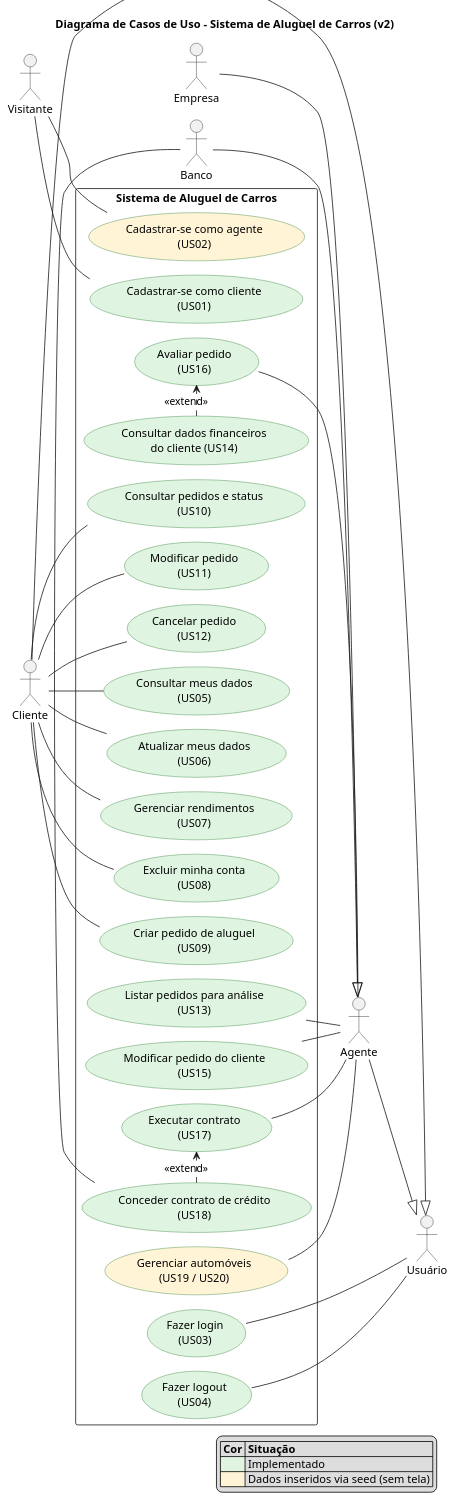
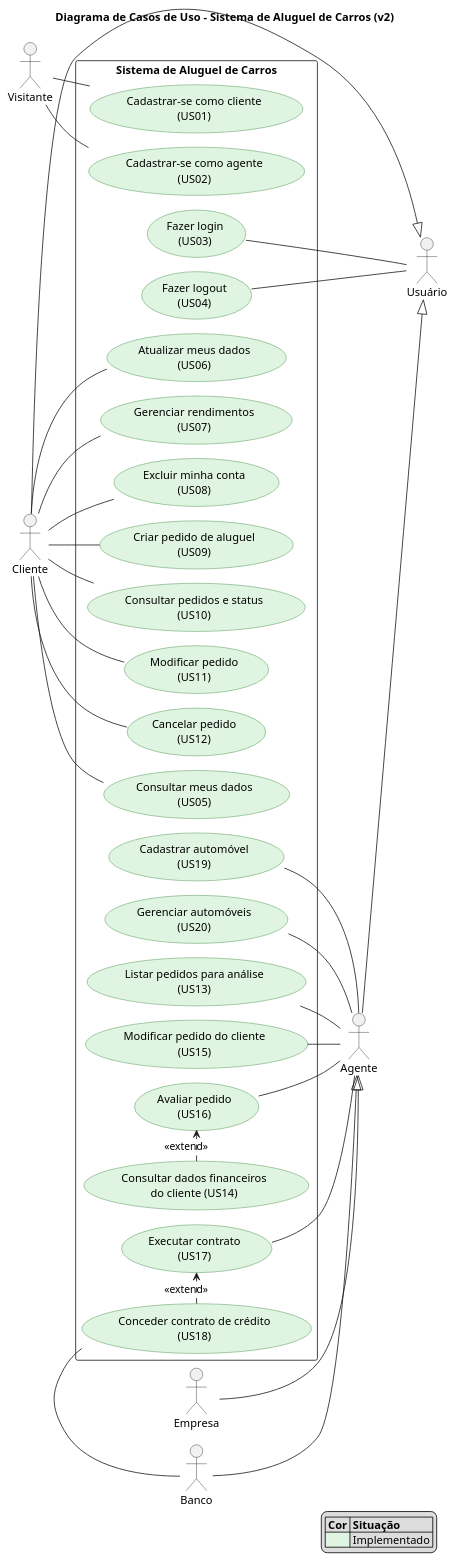
Before and after one commit to sophiafernandesc/car-rental-system: the diagram in docs/diagramas/casos-de-uso/v2/casos-de-uso.puml, drawn with PlantUML. The commit also changed 5 other files, not shown here.

Commit message:
docs: atualiza histórias, user flow, casos de uso v2 e README

```diff
--- a/docs/diagramas/casos-de-uso/v2/casos-de-uso.puml
+++ b/docs/diagramas/casos-de-uso/v2/casos-de-uso.puml
@@ -1,92 +1,93 @@
 @startuml casos-de-uso
 ' Layout interno (dispensa instalação do Graphviz)
 !pragma layout smetana
 
 title Diagrama de Casos de Uso - Sistema de Aluguel de Carros (v2)
 
 left to right direction
 skinparam packageStyle rectangle
 skinparam usecase {
   BackgroundColor #DFF5E1
   BorderColor #2E7D32
 }
 
 ' ===== Atores =====
 actor "Visitante" as Visitante
 actor "Usuário" as Usuario
 actor "Cliente" as Cliente
 actor "Agente" as Agente
 actor "Empresa" as Empresa
 actor "Banco" as Banco
 
 Cliente --|> Usuario
 Agente --|> Usuario
 Empresa --|> Agente
 Banco --|> Agente
 
 ' ===== Casos de uso =====
 rectangle "Sistema de Aluguel de Carros" {
   ' Autenticação
   usecase "Cadastrar-se como cliente\n(US01)" as UC01
-  usecase "Cadastrar-se como agente\n(US02)" as UC02 #FFF4D6
+  usecase "Cadastrar-se como agente\n(US02)" as UC02
   usecase "Fazer login\n(US03)" as UC03
   usecase "Fazer logout\n(US04)" as UC04
 
   ' Cliente - Perfil
   usecase "Consultar meus dados\n(US05)" as UC05
   usecase "Atualizar meus dados\n(US06)" as UC06
   usecase "Gerenciar rendimentos\n(US07)" as UC07
   usecase "Excluir minha conta\n(US08)" as UC08
 
   ' Cliente - Pedidos
   usecase "Criar pedido de aluguel\n(US09)" as UC09
   usecase "Consultar pedidos e status\n(US10)" as UC10
   usecase "Modificar pedido\n(US11)" as UC11
   usecase "Cancelar pedido\n(US12)" as UC12
 
   ' Agente
   usecase "Listar pedidos para análise\n(US13)" as UC13
   usecase "Consultar dados financeiros\ndo cliente (US14)" as UC14
   usecase "Modificar pedido do cliente\n(US15)" as UC15
   usecase "Avaliar pedido\n(US16)" as UC16
   usecase "Executar contrato\n(US17)" as UC17
-  usecase "Gerenciar automóveis\n(US19 / US20)" as UC19 #FFF4D6
+  usecase "Cadastrar automóvel\n(US19)" as UC19
+  usecase "Gerenciar automóveis\n(US20)" as UC20
 
   ' Banco
   usecase "Conceder contrato de crédito\n(US18)" as UC18
 }
 
 ' ===== Associações =====
 Visitante -- UC01
 Visitante -- UC02
 
 Usuario -- UC03
 Usuario -- UC04
 
 Cliente -- UC05
 Cliente -- UC06
 Cliente -- UC07
 Cliente -- UC08
 Cliente -- UC09
 Cliente -- UC10
 Cliente -- UC11
 Cliente -- UC12
 
 UC13 -- Agente
 UC15 -- Agente
 UC16 -- Agente
 UC17 -- Agente
 UC19 -- Agente
+UC20 -- Agente
 UC18 -- Banco
 
 ' ===== Include / Extend =====
 UC14 .> UC16 : <<extend>>
 UC18 .> UC17 : <<extend>>
 
 legend right
   |= Cor |= Situação |
   |<#DFF5E1>| Implementado |
-  |<#FFF4D6>| Dados inseridos via seed (sem tela) |
 endlegend
 
 @enduml
```
